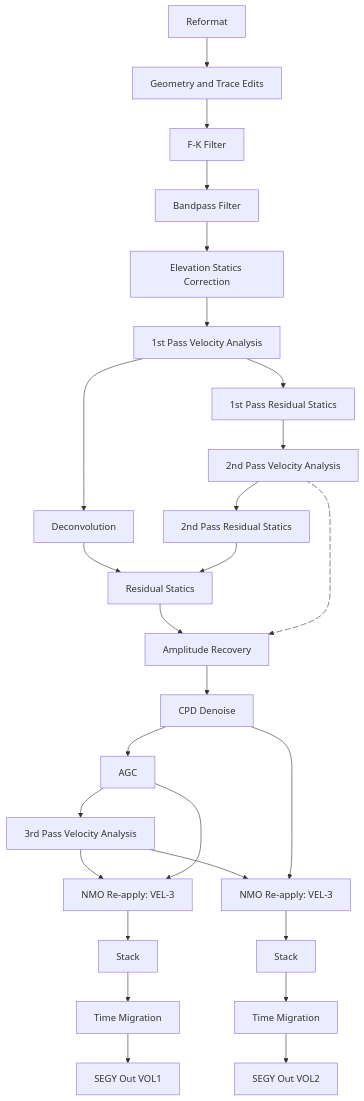
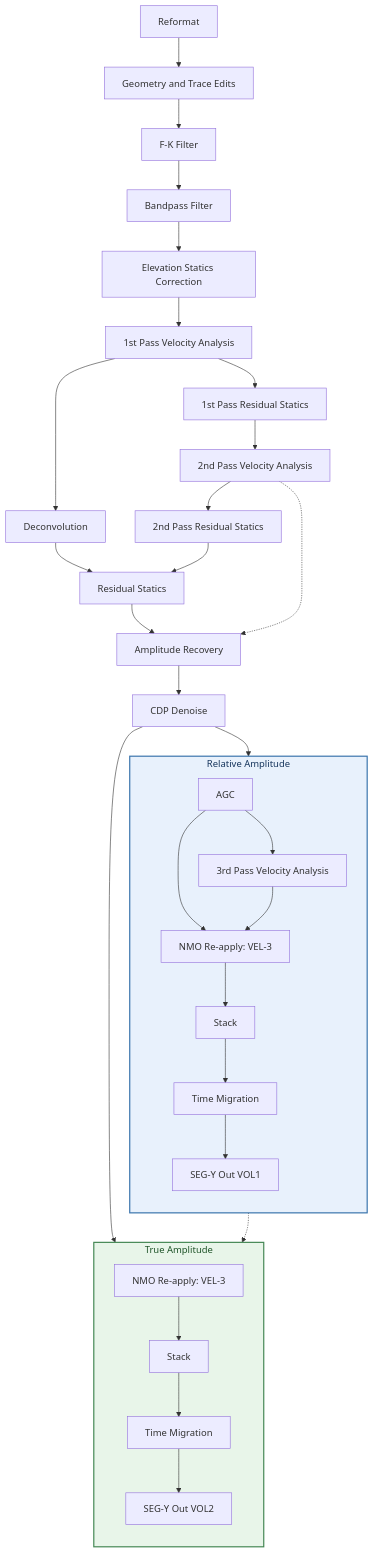
Before and after one commit to vandanue/ADG-1: the diagram in README.md, drawn with Mermaid.

````diff
--- a/README.md
+++ b/README.md
@@ -13,39 +13,55 @@
 ```mermaid
 flowchart TD
     A[Reformat] --> B[Geometry and Trace Edits]
     B --> C[F-K Filter]
     C --> D[Bandpass Filter]
     D --> E[Elevation Statics Correction]
     E --> F[1st Pass Velocity Analysis]
 
-    %% Velocity analysis branch
+    %% Velocity analysis and statics
     F --> F1[1st Pass Residual Statics]
     F1 --> F2[2nd Pass Velocity Analysis]
     F2 --> F3[2nd Pass Residual Statics]
 
     F --> G[Deconvolution]
     G --> H[Residual Statics]
     F3 --> H
     H --> I[Amplitude Recovery]
-    F2 e1@-.-> I
-    e1@{ animate: true }
-    I --> J[CPD Denoise]
-    
-    %% Relative amplitude
-    J --> R1[AGC]
-    R1 --> R1a[3rd Pass Velocity Analysis]
-    R1a --> R2[NMO Re-apply: VEL-3]
-    R1 --> R2
-    R2 --> R3[Stack]
-    R3 --> R4[Time Migration]
-    R4 --> R5[SEGY Out VOL1]
+    F2 -.-> I
+    I --> J[CDP Denoise]
 
+    %% Relative amplitude branch
+    subgraph REL["Relative Amplitude"]
+        direction TD
+        R1[AGC]
+        R1a[3rd Pass Velocity Analysis]
+        R2[NMO Re-apply: VEL-3]
+        R3[Stack]
+        R4[Time Migration]
+        R5[SEG-Y Out VOL1]
 
-    %% True amplitude
-    R1a --> T1
-    J --> T1[NMO Re-apply: VEL-3]
-    T1 --> T2[Stack]
-    T2 --> T4[Time Migration]
-    T4 --> T5[SEGY Out VOL2]
+        R1 --> R1a
+        R1 --> R2
+        R1a --> R2
+        R2 --> R3 --> R4 --> R5
+    end
 
+    %% True amplitude branch
+    subgraph TRUE["True Amplitude"]
+        direction TD
+        T1[NMO Re-apply: VEL-3]
+        T2[Stack]
+        T4[Time Migration]
+        T5[SEG-Y Out VOL2]
+
+        T1 --> T2 --> T4 --> T5
+    end
+
+    J --> R1
+    J --> T1
+    R1a -.-> T1
+
+    %% Branch label styling
+    style REL fill:#E8F1FC,stroke:#3973AC,stroke-width:2px,color:#17365D
+    style TRUE fill:#E8F5E9,stroke:#438653,stroke-width:2px,color:#20552A
 ```
````
